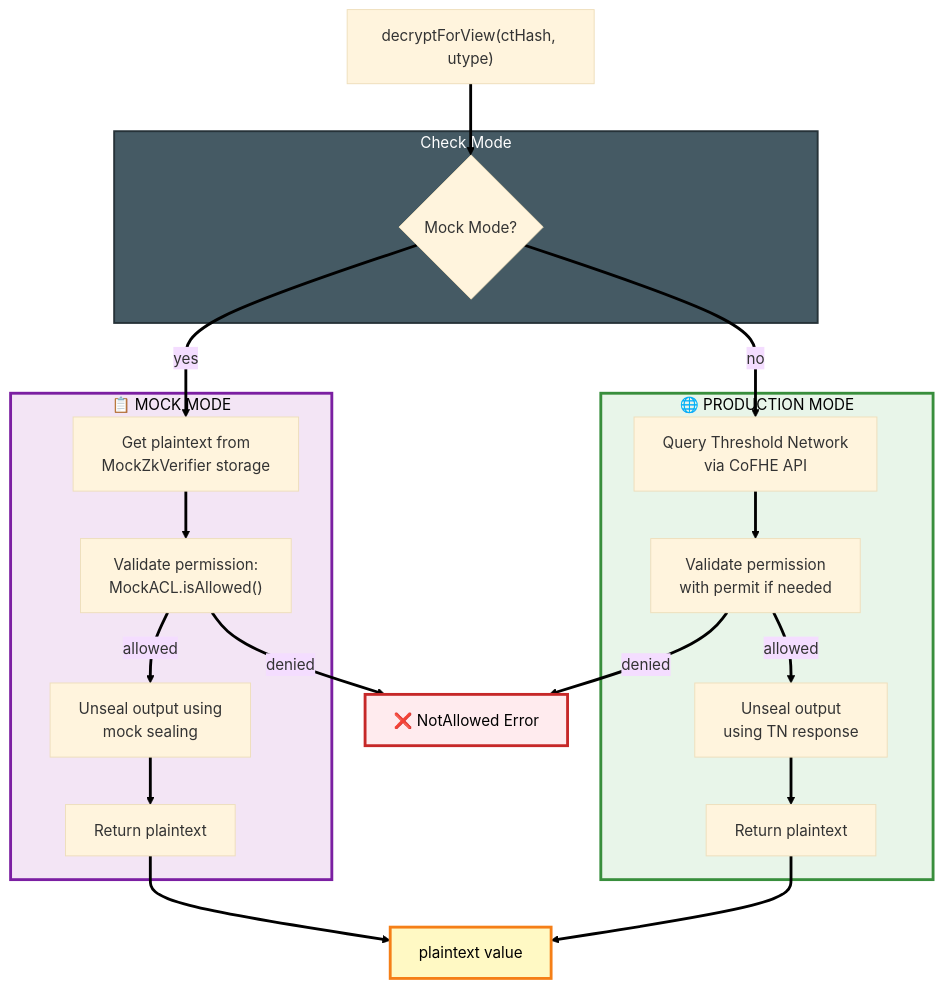
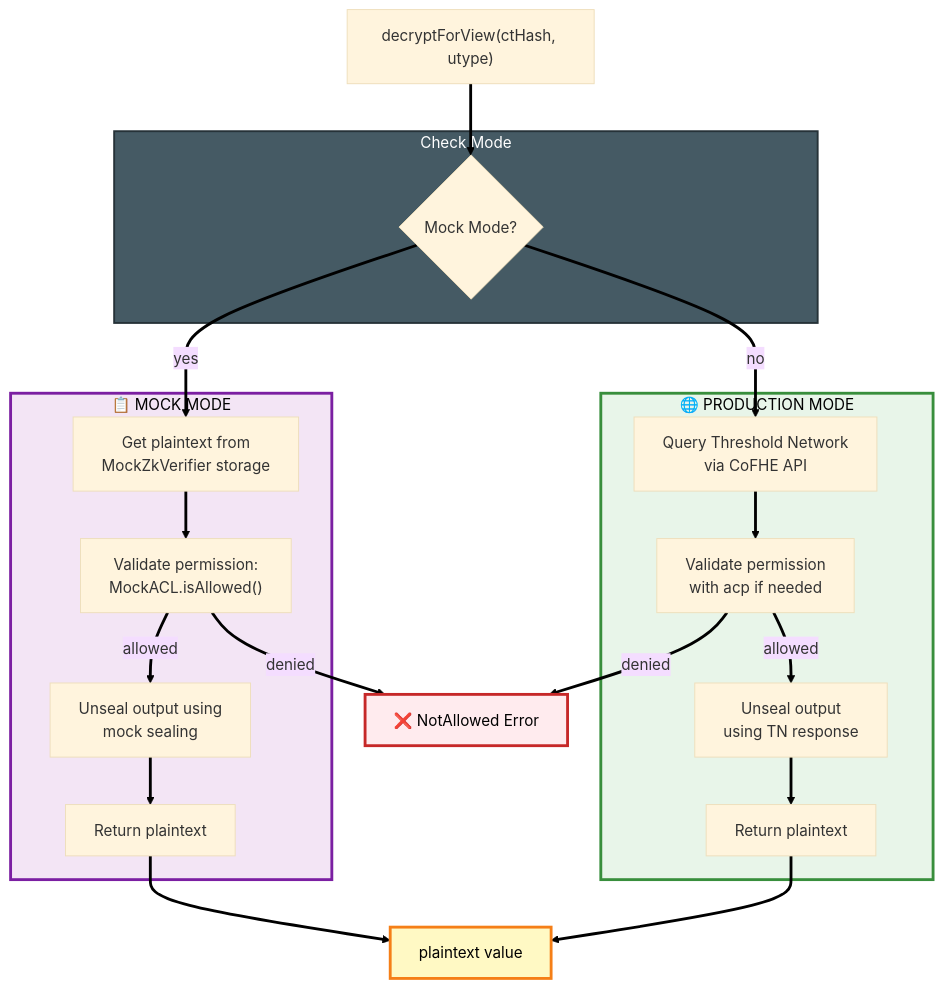
Before and after one commit to FhenixProtocol/cofhesdk: the third of 8 diagrams in ARCHITECTURE.md, drawn with Mermaid (base theme). The commit also changed other lines of this file and 190 other files, not shown here.

First line of the commit message:
refactor!: rename Permit to ACP across code, API, and docs

````diff
--- a/ARCHITECTURE.md
+++ b/ARCHITECTURE.md
@@ -165,48 +165,48 @@
 ```mermaid
 graph TD
     Start["decryptForView(ctHash, utype)"]
 
     subgraph Check["Check Mode"]
         IsMock{Mock Mode?}
     end
 
     subgraph Mock["📋 MOCK MODE"]
         M1["Get plaintext from<br/>MockZkVerifier storage"]
         M2["Validate permission:<br/>MockACL.isAllowed()"]
         M3["Unseal output using<br/>mock sealing"]
         M4["Return plaintext"]
     end
 
     subgraph Prod["🌐 PRODUCTION MODE"]
         P1["Query Threshold Network<br/>via CoFHE API"]
-        P2["Validate permission<br/>with permit if needed"]
+        P2["Validate permission<br/>with acp if needed"]
         P3["Unseal output<br/>using TN response"]
         P4["Return plaintext"]
     end
 
     Start --> IsMock
 
     IsMock -->|yes| M1
     IsMock -->|no| P1
 
     M1 --> M2
     M2 -->|allowed| M3
     M2 -->|denied| Error["❌ NotAllowed Error"]
     M3 --> M4
 
     P1 --> P2
     P2 -->|allowed| P3
     P2 -->|denied| Error
     P3 --> P4
 
     M4 --> End["plaintext value"]
     P4 --> End
 
     linkStyle default stroke:#000,stroke-width:3px
 
     style Mock fill:#f3e5f5,stroke:#7b1fa2,stroke-width:3px,color:#000
     style Prod fill:#e8f5e9,stroke:#388e3c,stroke-width:3px,color:#000
     style Error fill:#ffebee,stroke:#c62828,stroke-width:3px,color:#000
     style Check fill:#455a64,stroke:#263238,stroke-width:2px,color:#fff
     style End fill:#fff9c4,stroke:#f57f17,stroke-width:3px,color:#000
 ```
````
